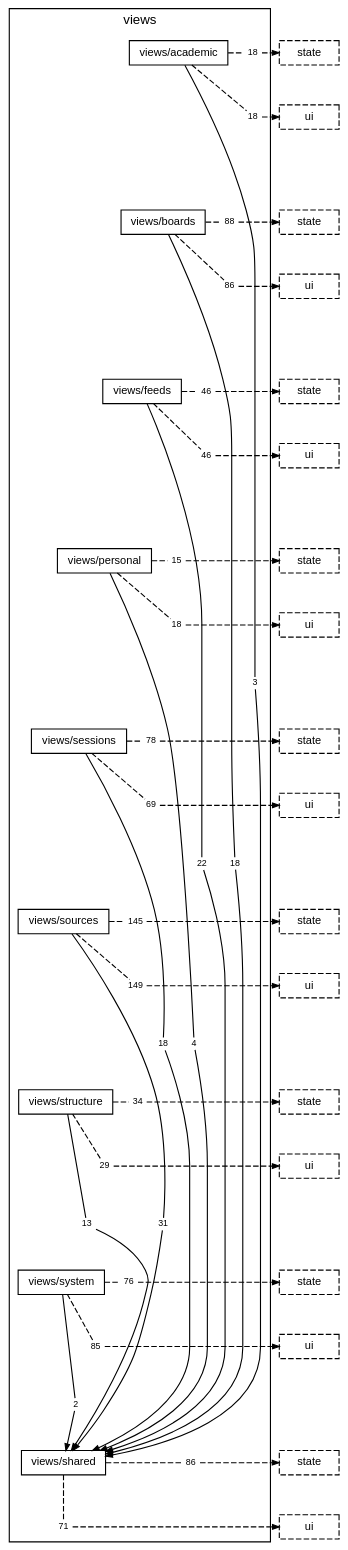
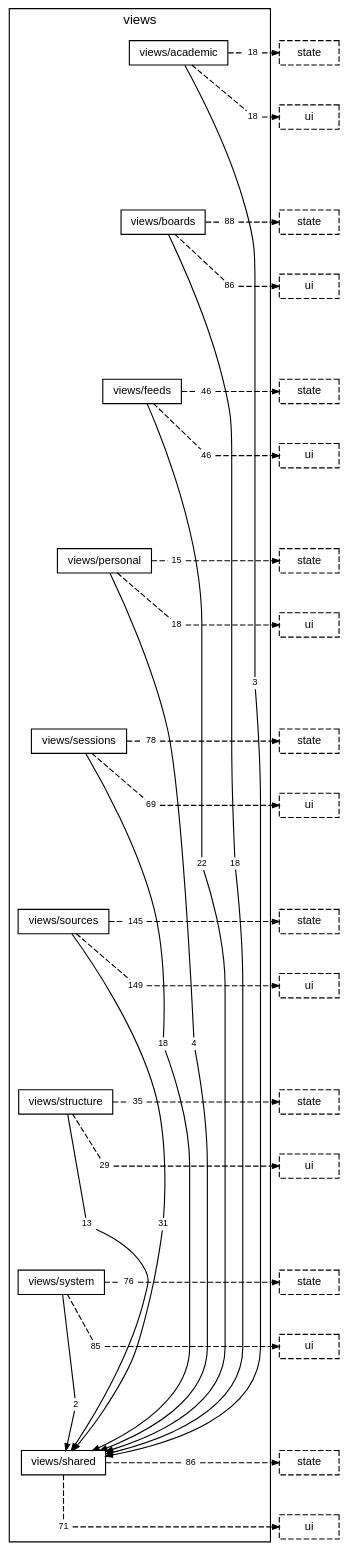
One commit to TheAxeC/oculus changed the diagram in docs/diagrams/layer-views.dot. Above: the diagram before and after it, drawn with Graphviz. The commit also changed 22 other files, not shown here.

```diff
--- a/docs/diagrams/layer-views.dot
+++ b/docs/diagrams/layer-views.dot
@@ -32,7 +32,7 @@
         "folder views/sources to layer state" [label="145", shape=box, color="transparent", fontsize=8, width=0, height=0, margin="0.04,0.02"];
         "folder views/sources to layer ui" [label="149", shape=box, color="transparent", fontsize=8, width=0, height=0, margin="0.04,0.02"];
         "folder views/structure to folder views/shared" [label="13", shape=box, color="transparent", fontsize=8, width=0, height=0, margin="0.04,0.02"];
-        "folder views/structure to layer state" [label="34", shape=box, color="transparent", fontsize=8, width=0, height=0, margin="0.04,0.02"];
+        "folder views/structure to layer state" [label="35", shape=box, color="transparent", fontsize=8, width=0, height=0, margin="0.04,0.02"];
         "folder views/structure to layer ui" [label="29", shape=box, color="transparent", fontsize=8, width=0, height=0, margin="0.04,0.02"];
         "folder views/system to folder views/shared" [label="2", shape=box, color="transparent", fontsize=8, width=0, height=0, margin="0.04,0.02"];
         "folder views/system to layer state" [label="76", shape=box, color="transparent", fontsize=8, width=0, height=0, margin="0.04,0.02"];
```
